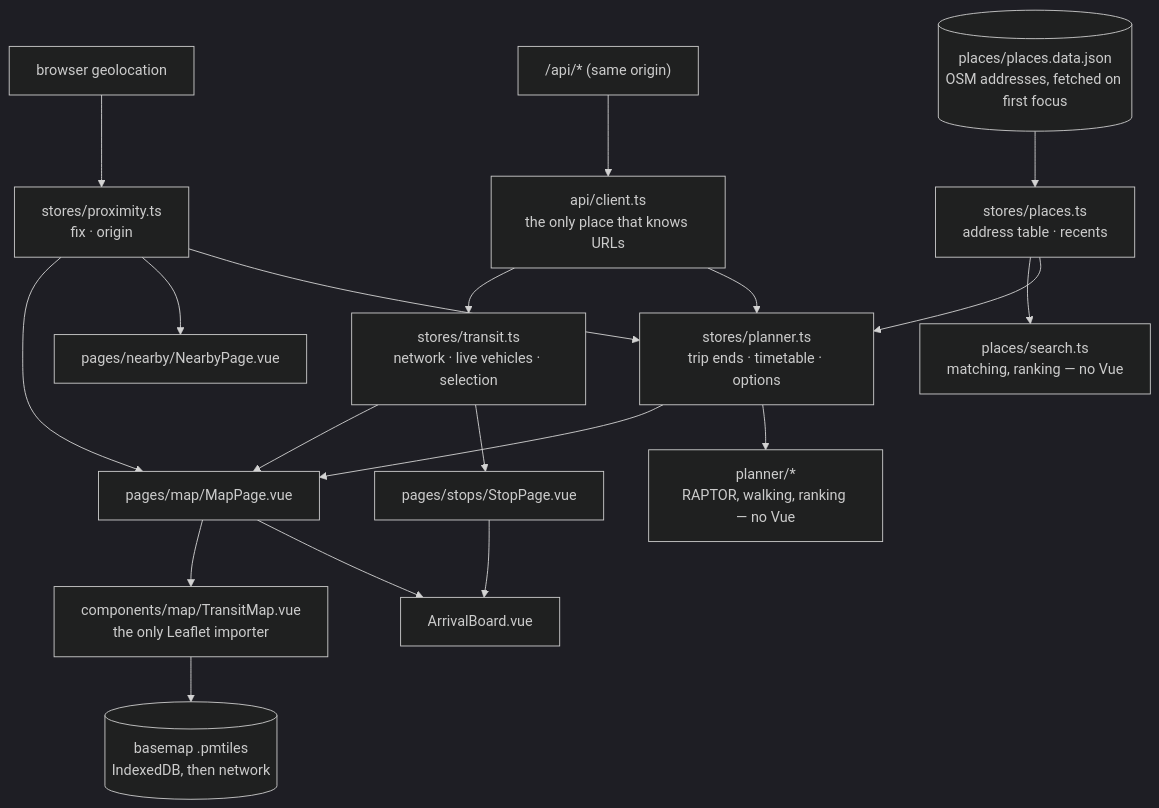
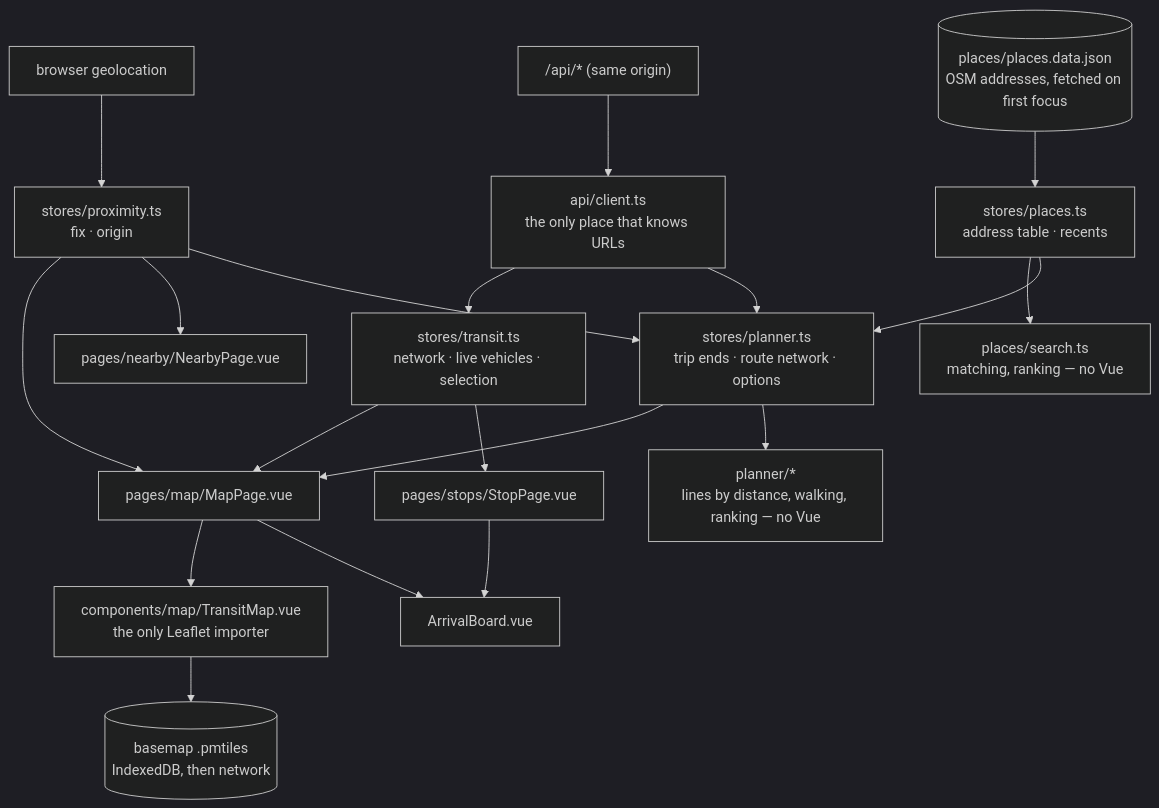
The diagram in apps/web/README.md (hackteck/Susanin), drawn with Mermaid (dark theme) before and after one commit. The commit also changed other lines of this file and 23 other files, not shown here.

First line of the commit message:
Plan by where the lines go, and let a search forgive a slip

````diff
--- a/apps/web/README.md
+++ b/apps/web/README.md
@@ -20,21 +20,21 @@
 ```mermaid
 flowchart TD
   API["/api/* (same origin)"] --> CLIENT["api/client.ts<br/>the only place that knows URLs"]
   CLIENT --> TRANSIT["stores/transit.ts<br/>network · live vehicles · selection"]
   GEO["browser geolocation"] --> PROX["stores/proximity.ts<br/>fix · origin"]
   TRANSIT --> MAP["pages/map/MapPage.vue"]
   PROX --> MAP
   TRANSIT --> STOP["pages/stops/StopPage.vue"]
   PROX --> NEAR["pages/nearby/NearbyPage.vue"]
-  CLIENT --> PLAN["stores/planner.ts<br/>trip ends · timetable · options"]
+  CLIENT --> PLAN["stores/planner.ts<br/>trip ends · route network · options"]
   PROX --> PLAN
   PLAN --> MAP
-  PLAN --> ENGINE["planner/*<br/>RAPTOR, walking, ranking — no Vue"]
+  PLAN --> ENGINE["planner/*<br/>lines by distance, walking, ranking — no Vue"]
   TABLE[("places/places.data.json<br/>OSM addresses, fetched on first focus")] --> PLACES["stores/places.ts<br/>address table · recents"]
   PLACES --> SEARCH["places/search.ts<br/>matching, ranking — no Vue"]
   PLACES --> PLAN
   MAP --> TM["components/map/TransitMap.vue<br/>the only Leaflet importer"]
   TM --> TILES[("basemap .pmtiles<br/>IndexedDB, then network")]
   MAP --> BOARD["ArrivalBoard.vue"]
   STOP --> BOARD
 ```
````
